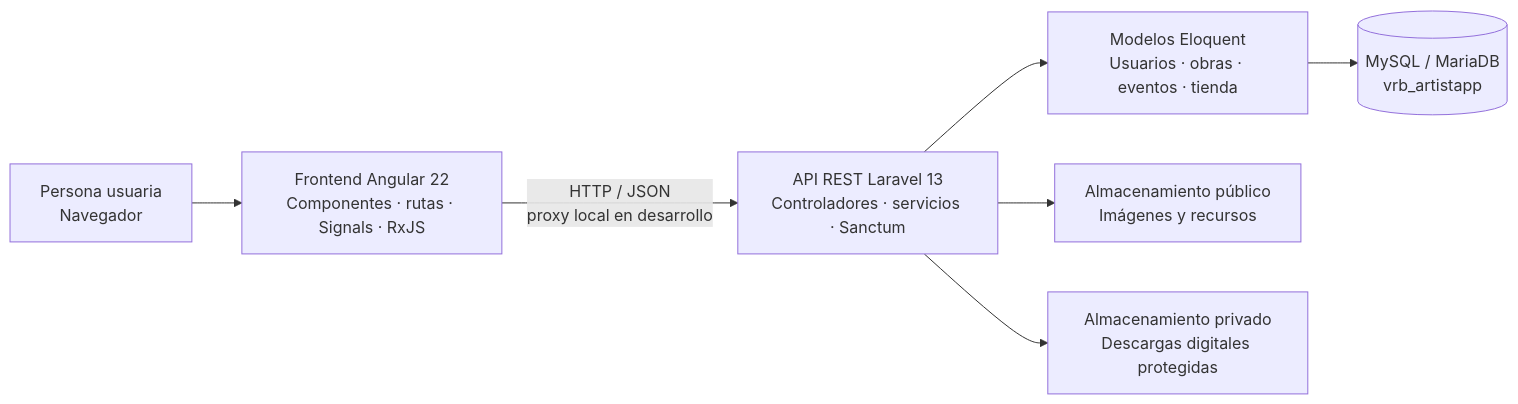
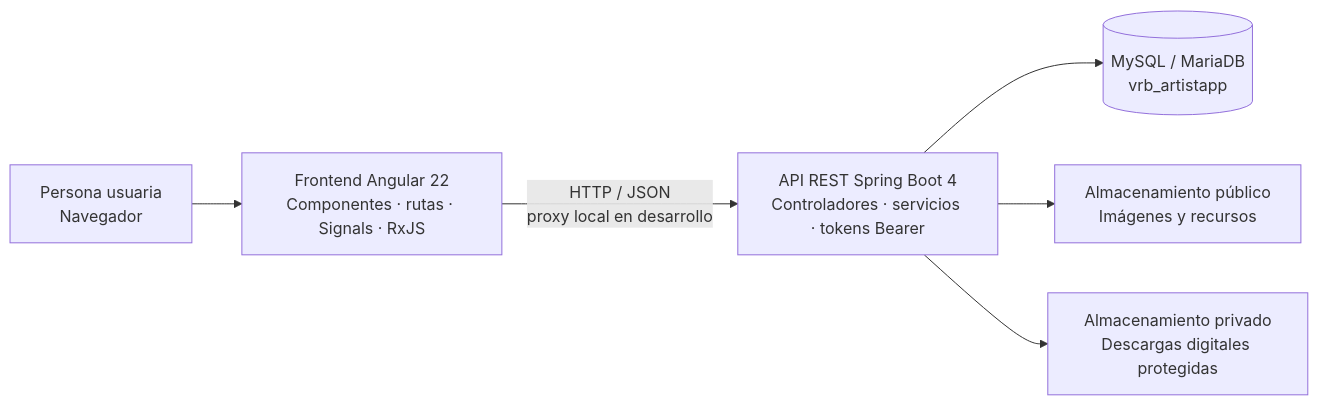
One commit to vanerb/Artistapp-Java-Angular changed the diagram in README.md. Above: the diagram before and after it, drawn with Mermaid. The commit also changed other lines of this file and 125 other files, not shown here.

First line of the commit message:
Migrar el backend de Laravel a Spring Boot y añadir demo para GitHub Pages

````diff
--- a/README.md
+++ b/README.md
@@ -76,9 +79,8 @@
 ```mermaid
 flowchart LR
     U[Persona usuaria<br/>Navegador] --> FE[Frontend Angular 22<br/>Componentes · rutas · Signals · RxJS]
-    FE -->|HTTP / JSON<br/>proxy local en desarrollo| API[API REST Laravel 13<br/>Controladores · servicios · Sanctum]
-    API --> MODELS[Modelos Eloquent<br/>Usuarios · obras · eventos · tienda]
-    MODELS --> DB[(MySQL / MariaDB<br/>vrb_artistapp)]
+    FE -->|HTTP / JSON<br/>proxy local en desarrollo| API[API REST Spring Boot 4<br/>Controladores · servicios · tokens Bearer]
+    API --> DB[(MySQL / MariaDB<br/>vrb_artistapp)]
     API --> PUB[Almacenamiento público<br/>Imágenes y recursos]
     API --> PRIV[Almacenamiento privado<br/>Descargas digitales protegidas]
 ```
````
